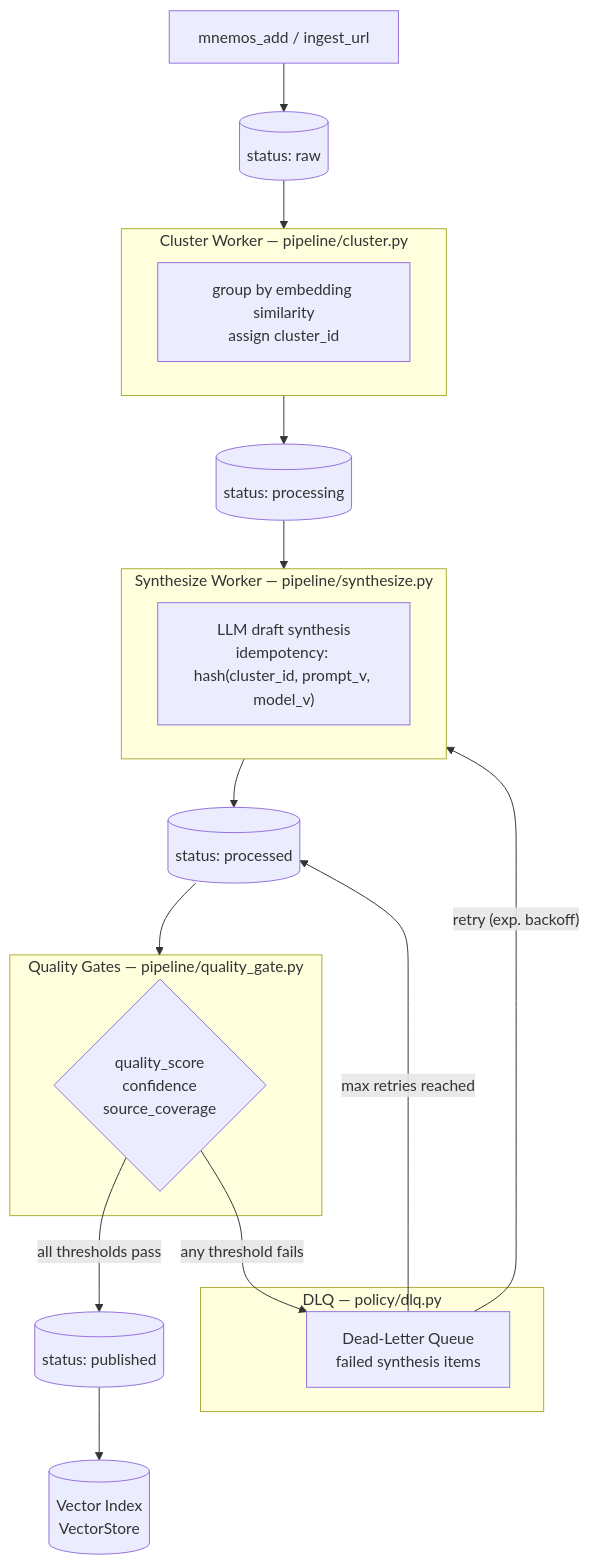
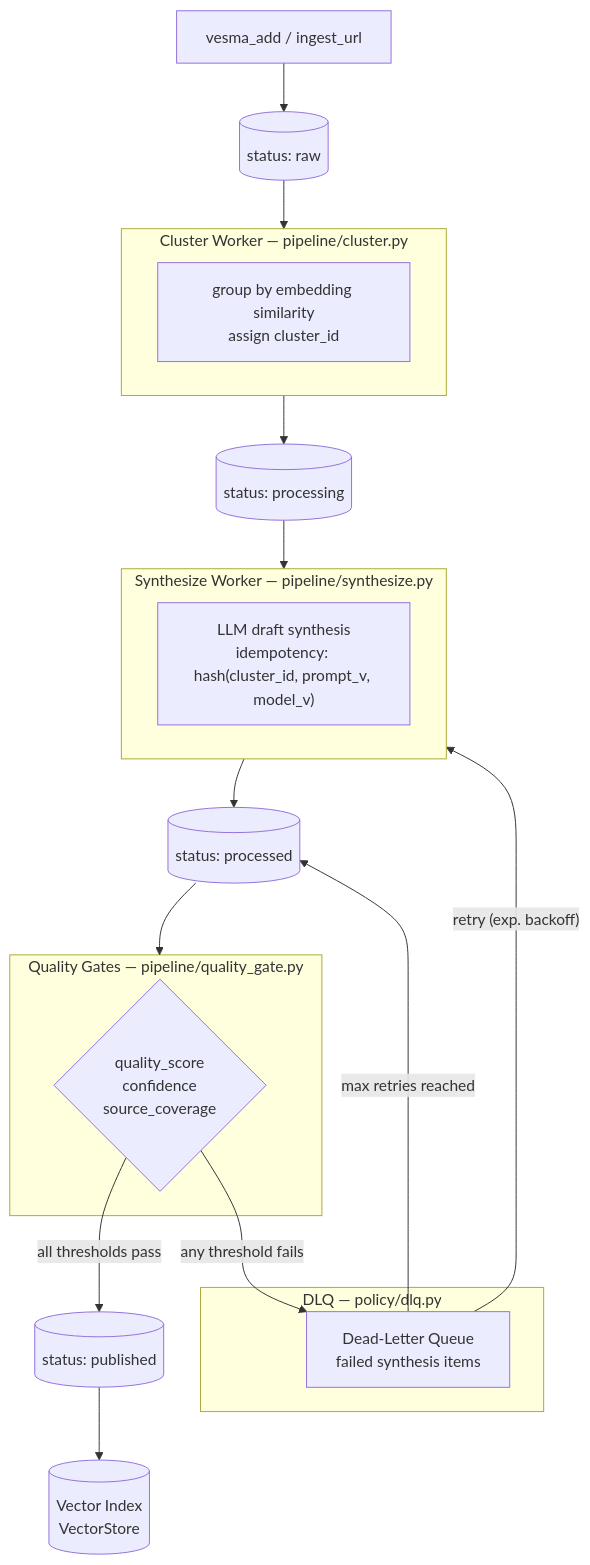
Before and after one commit to vesmaro/vesma: the third of 10 diagrams in ARCHITECTURE.md, drawn with Mermaid. The commit also changed other lines of this file and 97 other files, not shown here.

````diff
--- a/ARCHITECTURE.md
+++ b/ARCHITECTURE.md
@@ -207,40 +207,40 @@
 ```mermaid
 flowchart TD
-    ADD["mnemos_add / ingest_url"]
+    ADD["vesma_add / ingest_url"]
     RAW[("status: raw")]
 
     subgraph CL["Cluster Worker — pipeline/cluster.py"]
         CL1["group by embedding similarity\nassign cluster_id"]
     end
 
     PROC[("status: processing")]
 
     subgraph SY["Synthesize Worker — pipeline/synthesize.py"]
         SY1["LLM draft synthesis\nidempotency: hash(cluster_id, prompt_v, model_v)"]
     end
 
     PCED[("status: processed")]
 
     subgraph QG["Quality Gates — pipeline/quality_gate.py"]
         QG1{"quality_score\nconfidence\nsource_coverage"}
     end
 
     PUB[("status: published")]
     VEC[("Vector Index\nVectorStore")]
 
     subgraph DLQ_B["DLQ — policy/dlq.py"]
         DLQ["Dead-Letter Queue\nfailed synthesis items"]
     end
 
     ADD --> RAW
     RAW --> CL
     CL --> PROC
     PROC --> SY
     SY --> PCED
     PCED --> QG
     QG1 -->|"all thresholds pass"| PUB
     QG1 -->|"any threshold fails"| DLQ
     PUB --> VEC
     DLQ -->|"retry (exp. backoff)"| SY
     DLQ -->|"max retries reached"| PCED
 ```
````
